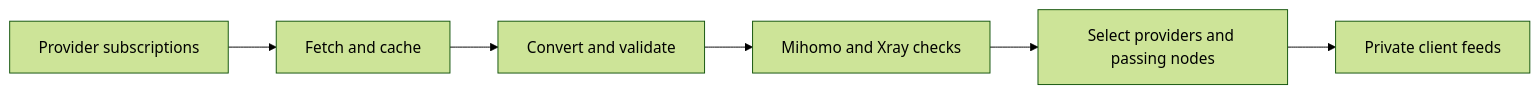
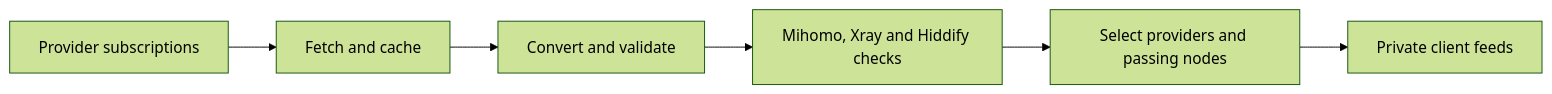
One commit to phungvanquy/subscription-parser changed the diagram in README.md. Above: the diagram before and after it, drawn with Mermaid (forest theme). The commit also changed other lines of this file and 13 other files, not shown here.

````diff
--- a/README.md
+++ b/README.md
@@ -82,8 +82,8 @@
 ```mermaid
 flowchart LR
     A[Provider subscriptions] --> B[Fetch and cache]
     B --> C[Convert and validate]
-    C --> D[Mihomo and Xray checks]
+    C --> D[Mihomo, Xray and Hiddify checks]
     D --> E[Select providers and passing nodes]
     E --> F[Private client feeds]
 ```
````
